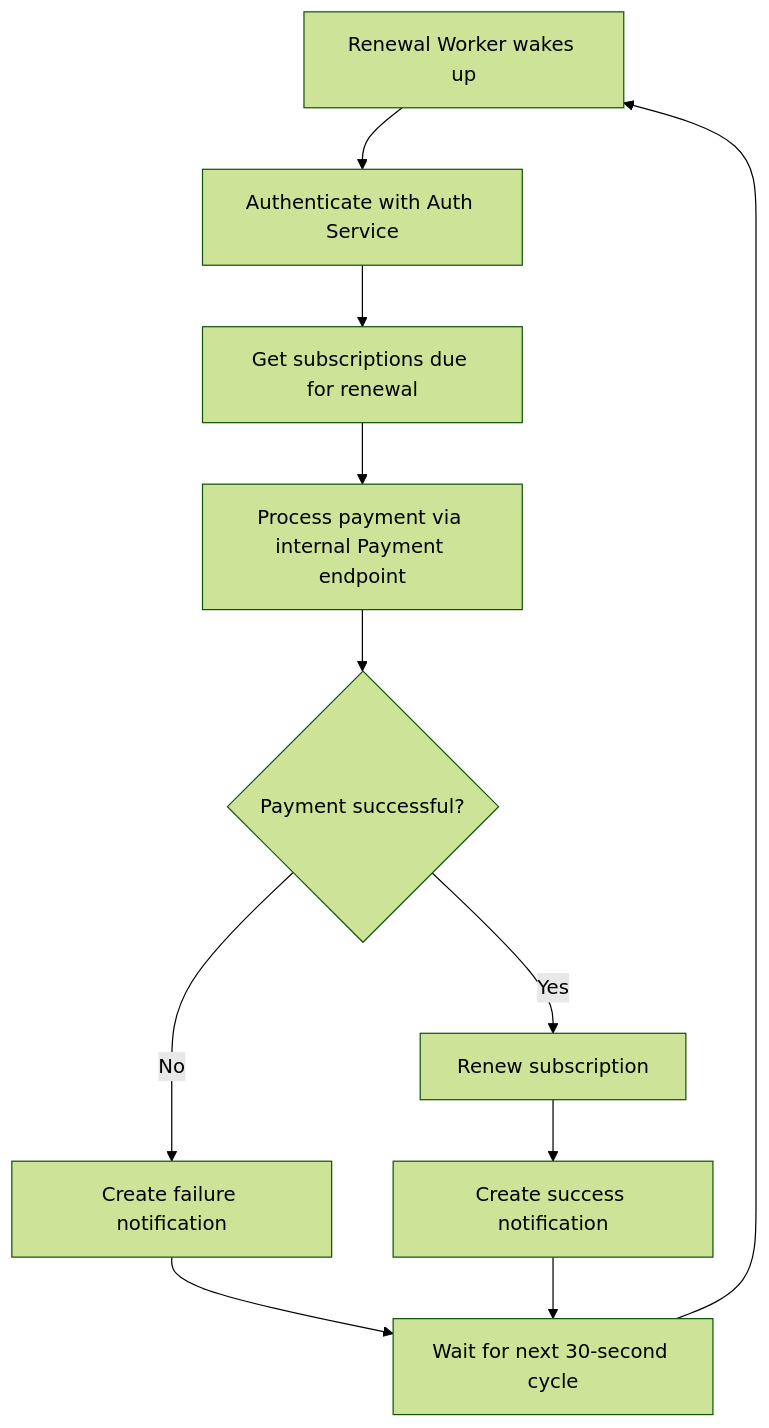
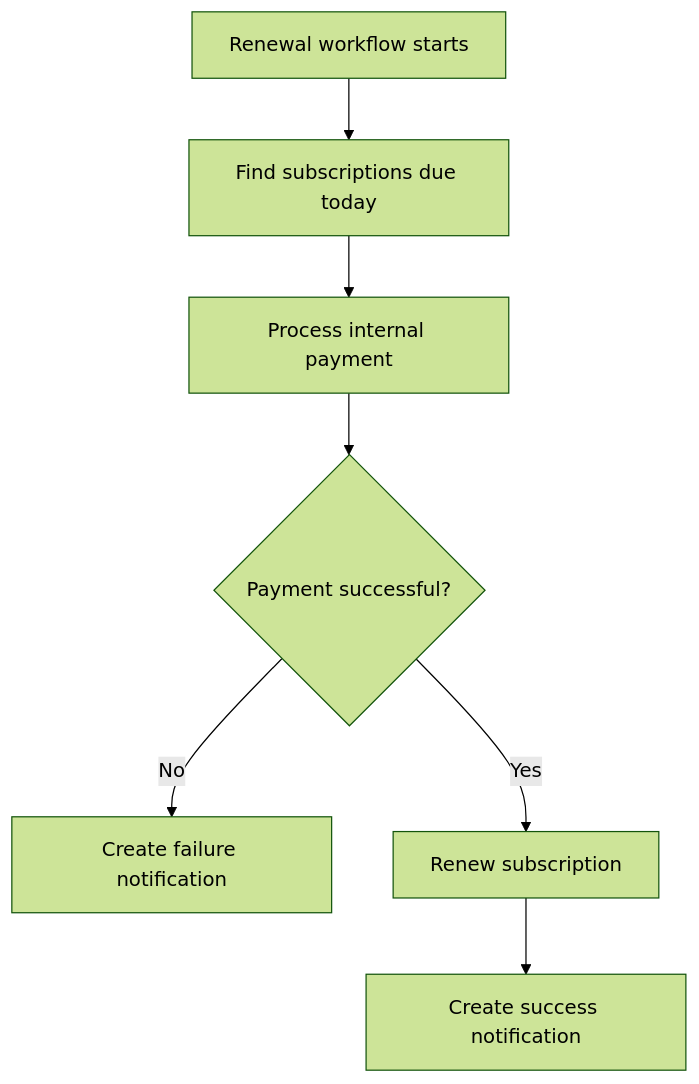
One commit to chauhan12harsh/Subtrack changed the second of 3 diagrams in README.md. Above: the diagram before and after it, drawn with Mermaid (forest theme). The commit also changed other lines of this file, not shown here.

Commit message:
docs: update README for monolithic architecture

````diff
--- a/README.md
+++ b/README.md
@@ -77,15 +84,9 @@
 ```mermaid
 flowchart TD
-    A[Renewal Worker wakes up] --> B[Authenticate with Auth Service]
-    B --> C[Get subscriptions due for renewal]
-    C --> D[Process payment via internal Payment endpoint]
-    D --> E{Payment successful?}
-
-    E -->|No| F[Create failure notification]
-    E -->|Yes| G[Renew subscription]
-    G --> H[Create success notification]
-
-    F --> I[Wait for next 30-second cycle]
-    H --> I
-    I --> A
+    A[Renewal workflow starts] --> B[Find subscriptions due today]
+    B --> C[Process internal payment]
+    C --> D{Payment successful?}
+    D -->|No| E[Create failure notification]
+    D -->|Yes| F[Renew subscription]
+    F --> G[Create success notification]
 ```
````
